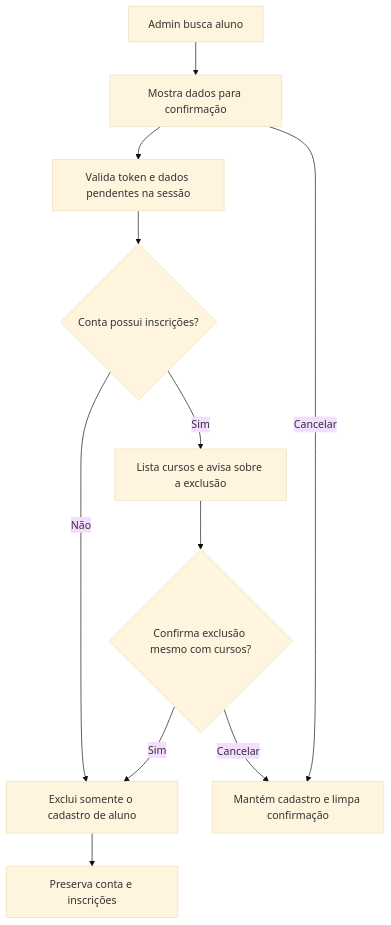
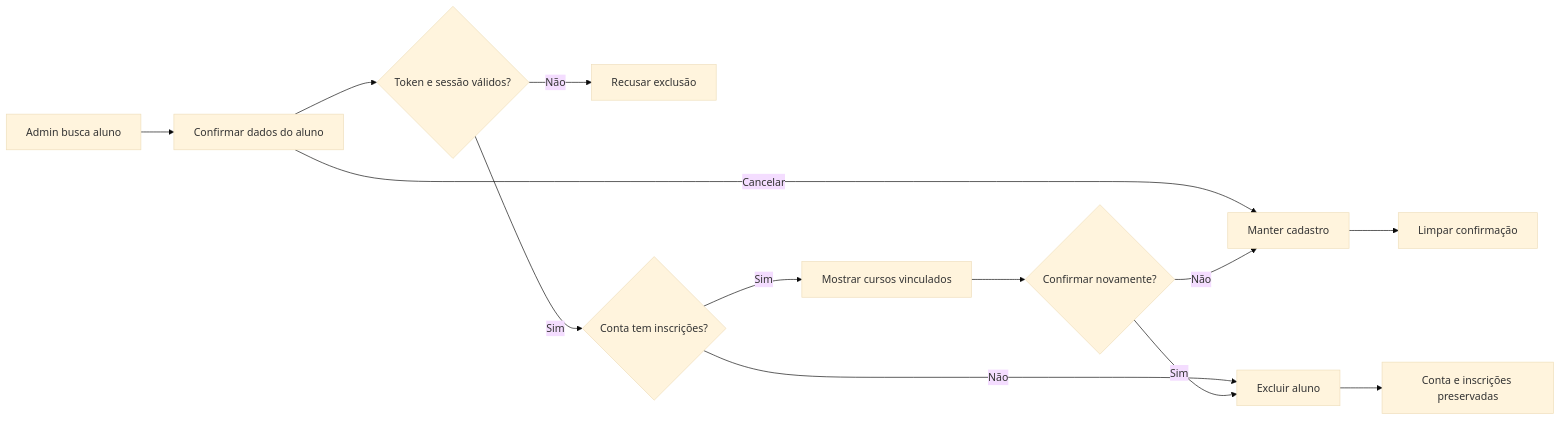
The third of 21 diagrams in diagrama.md (Matheus-Talasso-Gil/Impulsos-Cursos), drawn with Mermaid (base theme) before and after one commit. The commit also changed other lines of this file and 1 other file, not shown here.

Commit message:
Atualizando o diagrama e criando o product backlog

````diff
--- a/diagrama.md
+++ b/diagrama.md
@@ -101,13 +122,15 @@
 ```mermaid
-flowchart TD
-    A[Admin busca aluno] --> B[Mostra dados para confirmação]
-    B --> C[Valida token e dados pendentes na sessão]
-    C --> D{Conta possui inscrições?}
-    D -->|Não| E[Exclui somente o cadastro de aluno]
-    D -->|Sim| F[Lista cursos e avisa sobre a exclusão]
-    F --> G{Confirma exclusão mesmo com cursos?}
-    G -->|Sim| E
-    G -->|Cancelar| H[Mantém cadastro e limpa confirmação]
-    B -->|Cancelar| H
-    E --> I[Preserva conta e inscrições]
+graph LR
+    Busca["Admin busca aluno"] --> Confirmacao["Confirmar dados do aluno"]
+    Confirmacao -->|Cancelar| Manter["Manter cadastro"]
+    Confirmacao --> Validar{"Token e sessão válidos?"}
+    Validar -->|Não| Erro["Recusar exclusão"]
+    Validar -->|Sim| Inscricoes{"Conta tem inscrições?"}
+    Inscricoes -->|Não| Excluir["Excluir aluno"]
+    Inscricoes -->|Sim| Cursos["Mostrar cursos vinculados"]
+    Cursos --> Segunda{"Confirmar novamente?"}
+    Segunda -->|Sim| Excluir
+    Segunda -->|Não| Manter
+    Excluir --> Resultado["Conta e inscrições preservadas"]
+    Manter --> Limpar["Limpar confirmação"]
 ```
````
